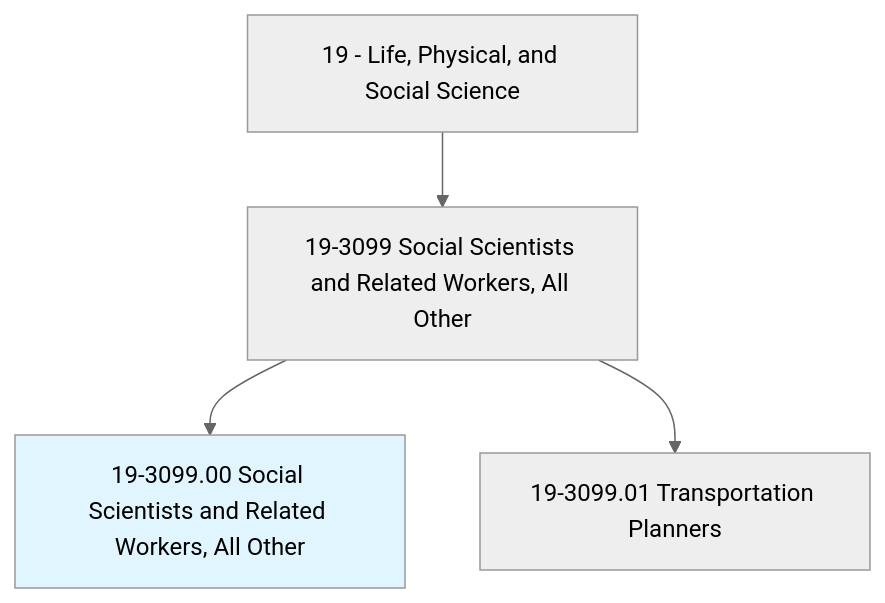
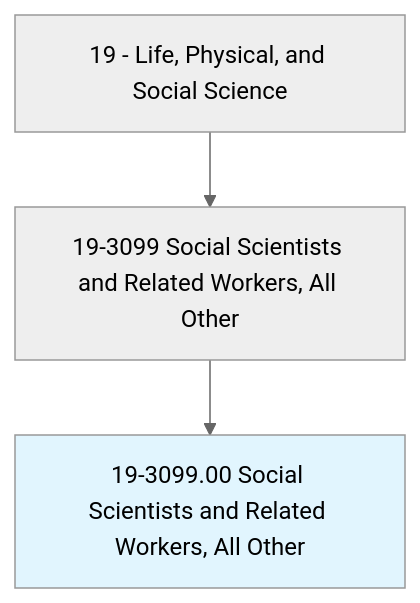
Before and after one commit to kziemski/business.org.ai: the first of 4 diagrams in occupations/Science/SocialScientistsAndRelatedWorkers.mdx, drawn with Mermaid (neutral theme). The commit also changed other lines of this file and 938 other files, not shown here.

````diff
--- a/occupations/Science/SocialScientistsAndRelatedWorkers.mdx
+++ b/occupations/Science/SocialScientistsAndRelatedWorkers.mdx
@@ -19,7 +23,6 @@
 ```mermaid
 graph TD
     Cat19["19 - Life, Physical, and Social Science"] --> Group193099["19-3099 Social Scientists and Related Workers, All Other"]
     Group193099 --> Current["19-3099.00 Social Scientists and Related Workers, All Other"]
     style Current fill:#e1f5fe
-    Group193099 --> V19309901["19-3099.01 Transportation Planners"]
 ```
````
